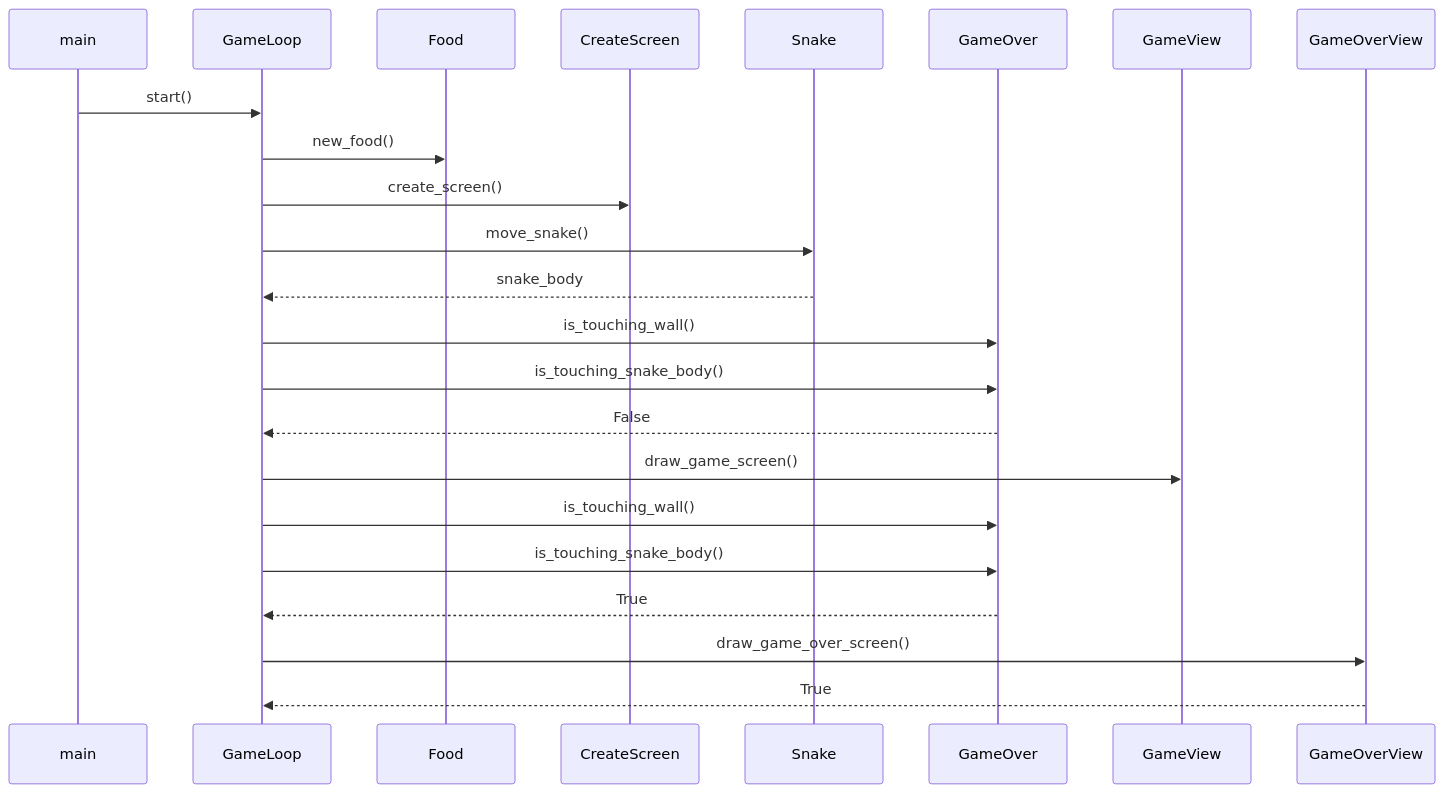
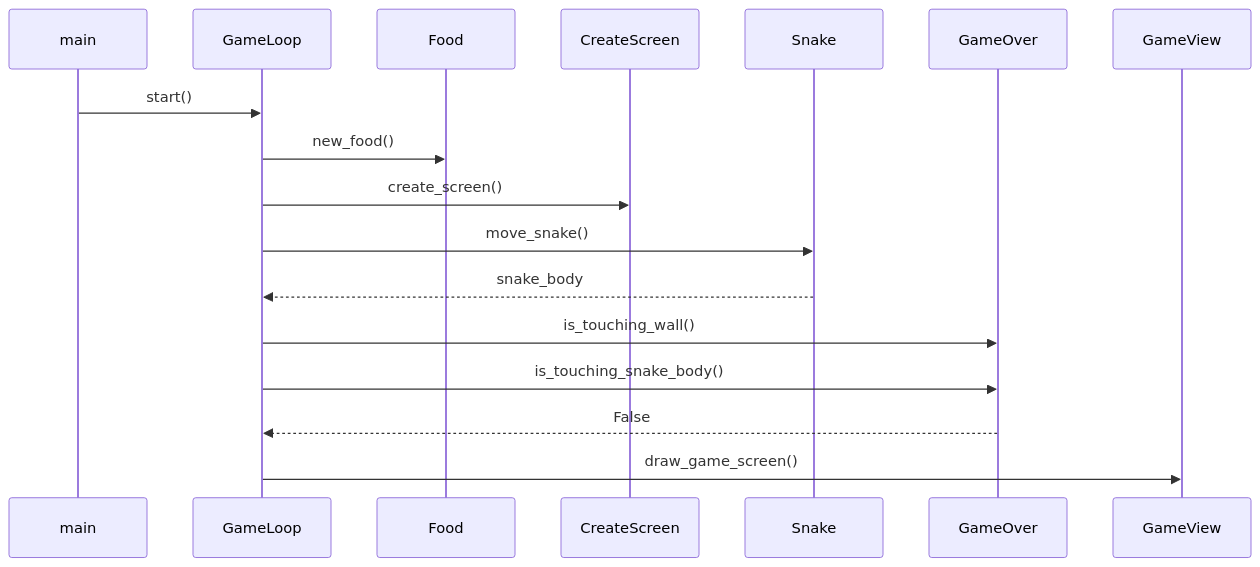
Before and after one commit to sannilatvala/ot-harjoitustyo: the fourth of 5 diagrams in dokumentaatio/arkkitehtuuri.md, drawn with Mermaid. The commit also changed other lines of this file and 11 other files, not shown here.

````diff
--- a/dokumentaatio/arkkitehtuuri.md
+++ b/dokumentaatio/arkkitehtuuri.md
@@ -68,26 +70,19 @@
 ```mermaid
 sequenceDiagram
     participant main
     participant GameLoop
     main ->> GameLoop: start()
     participant Food
     GameLoop ->> Food: new_food()
     participant CreateScreen
     GameLoop ->> CreateScreen: create_screen()
     participant Snake
     GameLoop ->> Snake: move_snake()
     Snake -->> GameLoop: snake_body
     participant GameOver
     GameLoop ->> GameOver: is_touching_wall()
     GameLoop ->> GameOver: is_touching_snake_body()
     GameOver -->> GameLoop: False
     participant GameView
     GameLoop ->> GameView: draw_game_screen()
-    GameLoop ->> GameOver: is_touching_wall()
-    GameLoop ->> GameOver: is_touching_snake_body()
-    GameOver -->> GameLoop: True
-    participant GameOverView
-    GameLoop ->> GameOverView: draw_game_over_screen()
-    GameOverView -->> GameLoop: True
-
 ```
````
